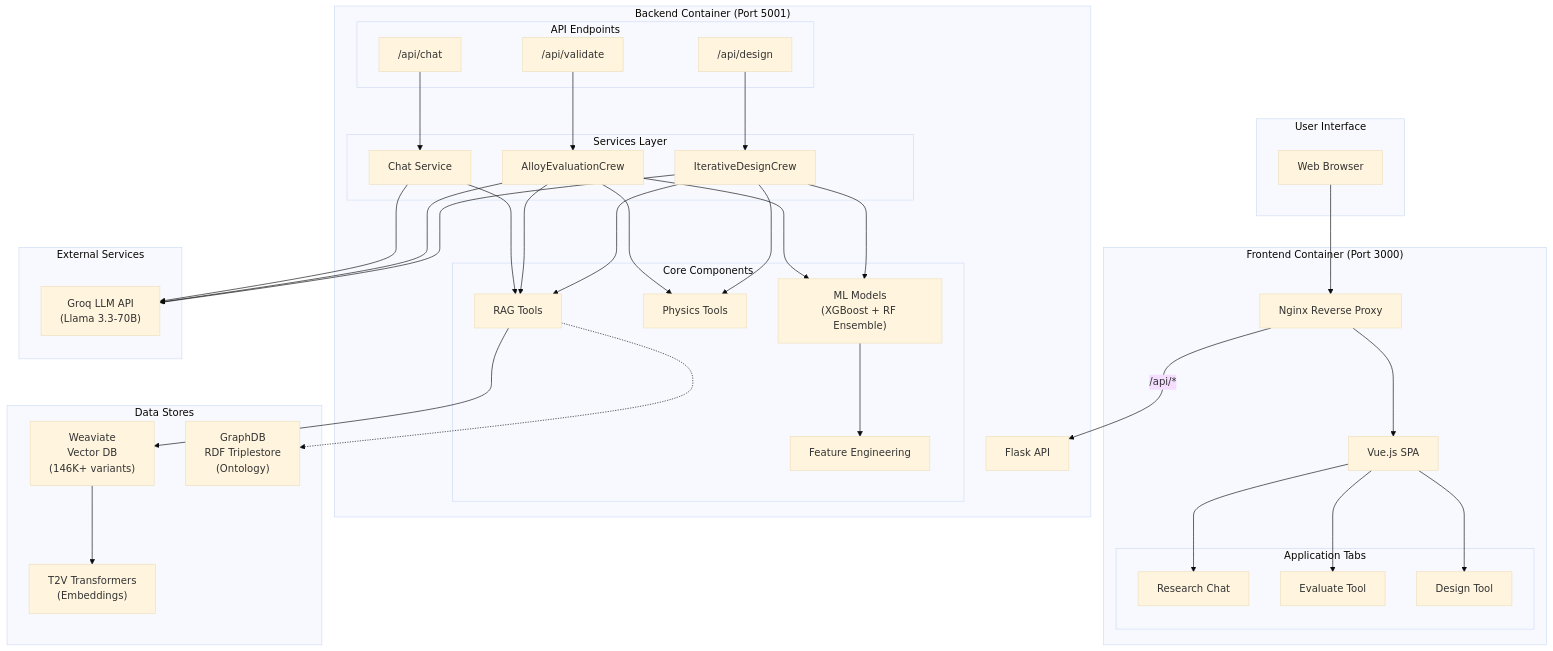
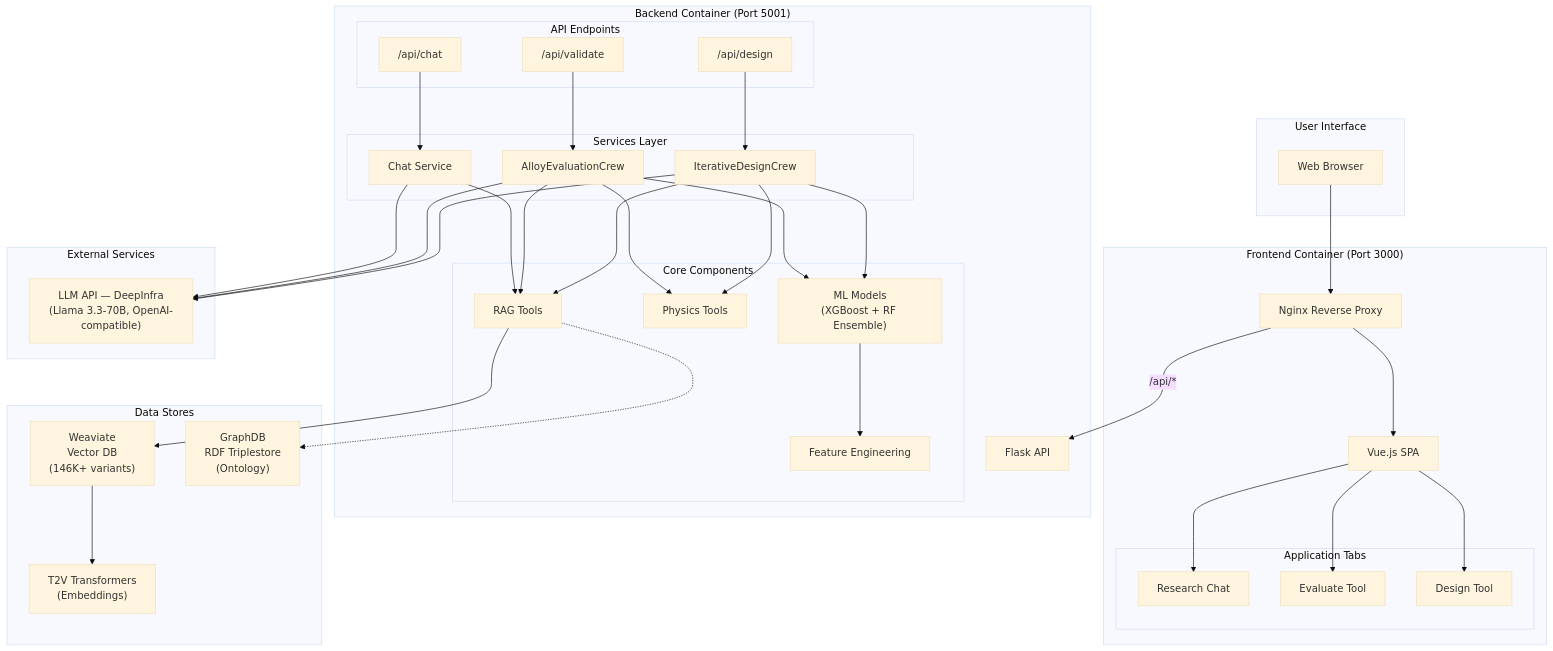
The first of 7 diagrams in docs/architecture.md (AlexLecu/AlloyGraph), drawn with Mermaid (base theme) before and after one commit. The commit also changed other lines of this file and 15 other files, not shown here.

````diff
--- a/docs/architecture.md
+++ b/docs/architecture.md
@@ -5,78 +5,78 @@
 ```mermaid
 flowchart TB
     subgraph User["User Interface"]
         Browser["Web Browser"]
     end
 
     subgraph Frontend["Frontend Container (Port 3000)"]
         Nginx["Nginx Reverse Proxy"]
         Vue["Vue.js SPA"]
 
         subgraph Tabs["Application Tabs"]
             Chat["Research Chat"]
             Evaluate["Evaluate Tool"]
             Design["Design Tool"]
         end
     end
 
     subgraph Backend["Backend Container (Port 5001)"]
         Flask["Flask API"]
 
         subgraph Endpoints["API Endpoints"]
             ChatAPI["/api/chat"]
             ValidateAPI["/api/validate"]
             DesignAPI["/api/design"]
         end
 
         subgraph Services["Services Layer"]
             ChatService["Chat Service"]
             EvalCrew["AlloyEvaluationCrew"]
             DesignCrew["IterativeDesignCrew"]
         end
 
         subgraph Core["Core Components"]
             MLModels["ML Models<br/>(XGBoost + RF Ensemble)"]
             FeatureEng["Feature Engineering"]
             PhysicsTools["Physics Tools"]
             RAGTools["RAG Tools"]
         end
     end
 
     subgraph DataStores["Data Stores"]
         Weaviate["Weaviate<br/>Vector DB<br/>(146K+ variants)"]
         GraphDB["GraphDB<br/>RDF Triplestore<br/>(Ontology)"]
         T2V["T2V Transformers<br/>(Embeddings)"]
     end
 
     subgraph External["External Services"]
-        Groq["Groq LLM API<br/>(Llama 3.3-70B)"]
+        Groq["LLM API — DeepInfra<br/>(Llama 3.3-70B, OpenAI-compatible)"]
     end
 
     Browser --> Nginx
     Nginx --> Vue
     Vue --> Chat & Evaluate & Design
 
     Nginx -->|"/api/*"| Flask
 
     ChatAPI --> ChatService
     ValidateAPI --> EvalCrew
     DesignAPI --> DesignCrew
 
     ChatService --> RAGTools
     ChatService --> Groq
 
     EvalCrew --> MLModels
     EvalCrew --> RAGTools
     EvalCrew --> PhysicsTools
     EvalCrew --> Groq
 
     DesignCrew --> MLModels
     DesignCrew --> RAGTools
     DesignCrew --> PhysicsTools
     DesignCrew --> Groq
 
     MLModels --> FeatureEng
     RAGTools --> Weaviate
     Weaviate --> T2V
     RAGTools -.-> GraphDB
 ```
````
